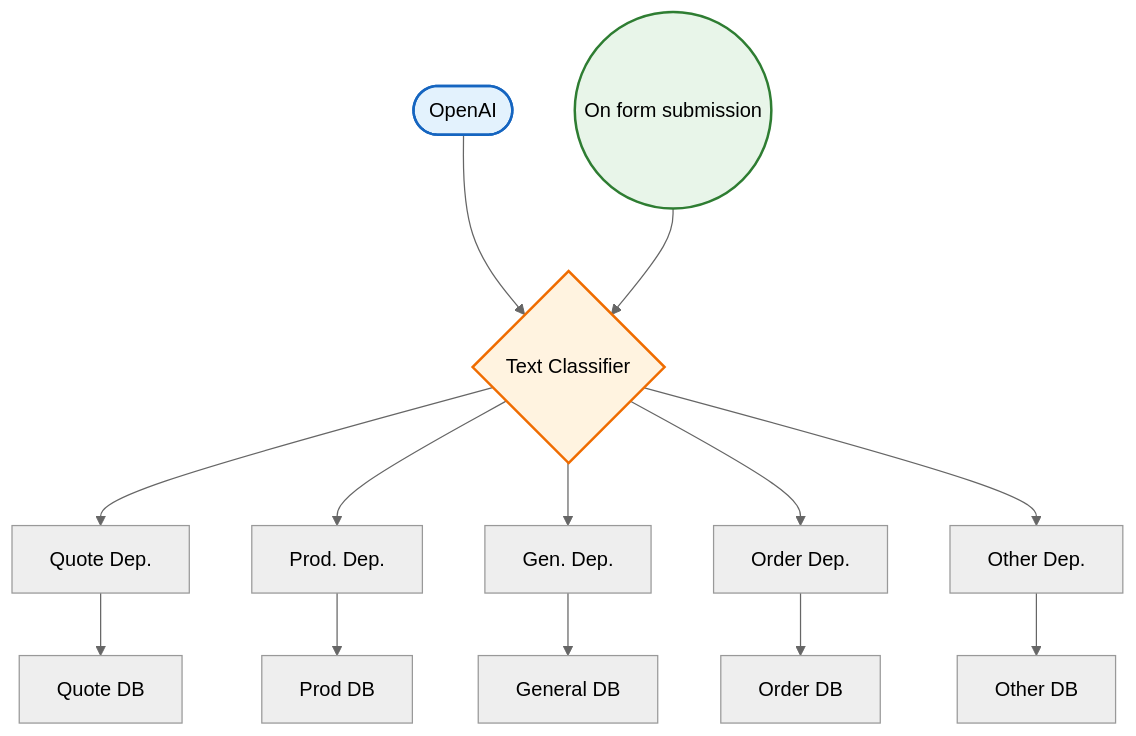
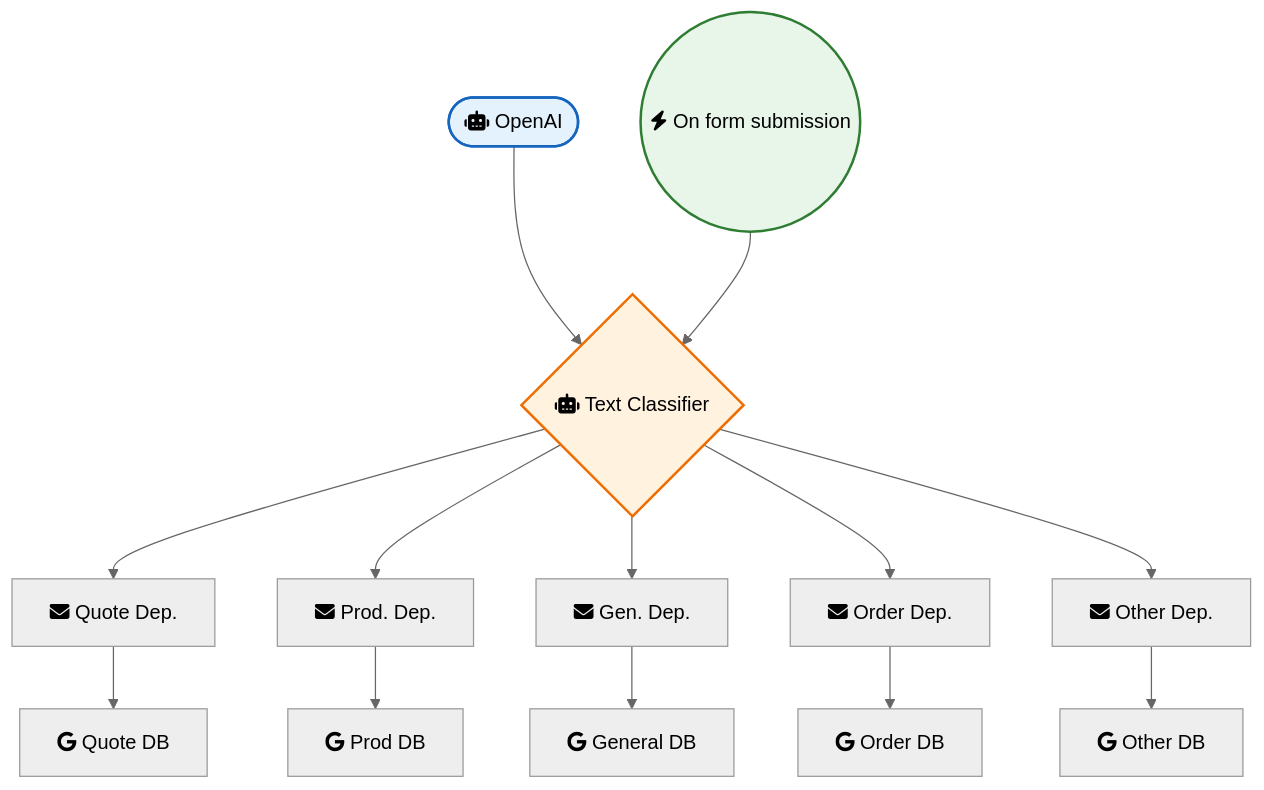
Before and after one commit to sreyash3105/N8N-DEMO-AUTOMATIONS: the diagram in Gmail_and_Email_Automation/Contact Form Text Classifier for Ecommerce.md, drawn with Mermaid (neutral theme). The commit also changed 291 other files, not shown here.

````diff
--- a/Gmail_and_Email_Automation/Contact Form Text Classifier for Ecommerce.md
+++ b/Gmail_and_Email_Automation/Contact Form Text Classifier for Ecommerce.md
@@ -1,33 +1,33 @@
 ```mermaid
 graph TD
     classDef trigger fill:#e8f5e9,stroke:#2e7d32,stroke-width:2px;
     classDef ai fill:#e3f2fd,stroke:#1565c0,stroke-width:2px;
     classDef logic fill:#fff3e0,stroke:#ef6c00,stroke-width:2px;
 
-    On_form_submission(("On form submission")):::trigger
-    Text_Classifier{"Text Classifier"}:::logic
-    OpenAI(["OpenAI"]):::ai
-    Prod__Dep_["Prod. Dep."]
-    Quote_Dep_["Quote Dep."]
-    Gen__Dep_["Gen. Dep."]
-    Order_Dep_["Order Dep."]
-    Other_Dep_["Other Dep."]
-    Quote_DB["Quote DB"]
-    Prod_DB["Prod DB"]
-    General_DB["General DB"]
-    Order_DB["Order DB"]
-    Other_DB["Other DB"]
+    On_form_submission(("fas:fa-bolt On form submission")):::trigger
+    Text_Classifier{"fas:fa-robot Text Classifier"}:::logic
+    OpenAI(["fas:fa-robot OpenAI"]):::ai
+    Prod__Dep_["fas:fa-envelope Prod. Dep."]
+    Quote_Dep_["fas:fa-envelope Quote Dep."]
+    Gen__Dep_["fas:fa-envelope Gen. Dep."]
+    Order_Dep_["fas:fa-envelope Order Dep."]
+    Other_Dep_["fas:fa-envelope Other Dep."]
+    Quote_DB["fab:fa-google Quote DB"]
+    Prod_DB["fab:fa-google Prod DB"]
+    General_DB["fab:fa-google General DB"]
+    Order_DB["fab:fa-google Order DB"]
+    Other_DB["fab:fa-google Other DB"]
 
     OpenAI --> Text_Classifier
     Gen__Dep_ --> General_DB
     Order_Dep_ --> Order_DB
     Other_Dep_ --> Other_DB
     Prod__Dep_ --> Prod_DB
     Quote_Dep_ --> Quote_DB
     Text_Classifier --> Quote_Dep_
     Text_Classifier --> Prod__Dep_
     Text_Classifier --> Gen__Dep_
     Text_Classifier --> Order_Dep_
     Text_Classifier --> Other_Dep_
     On_form_submission --> Text_Classifier
 ```
````
